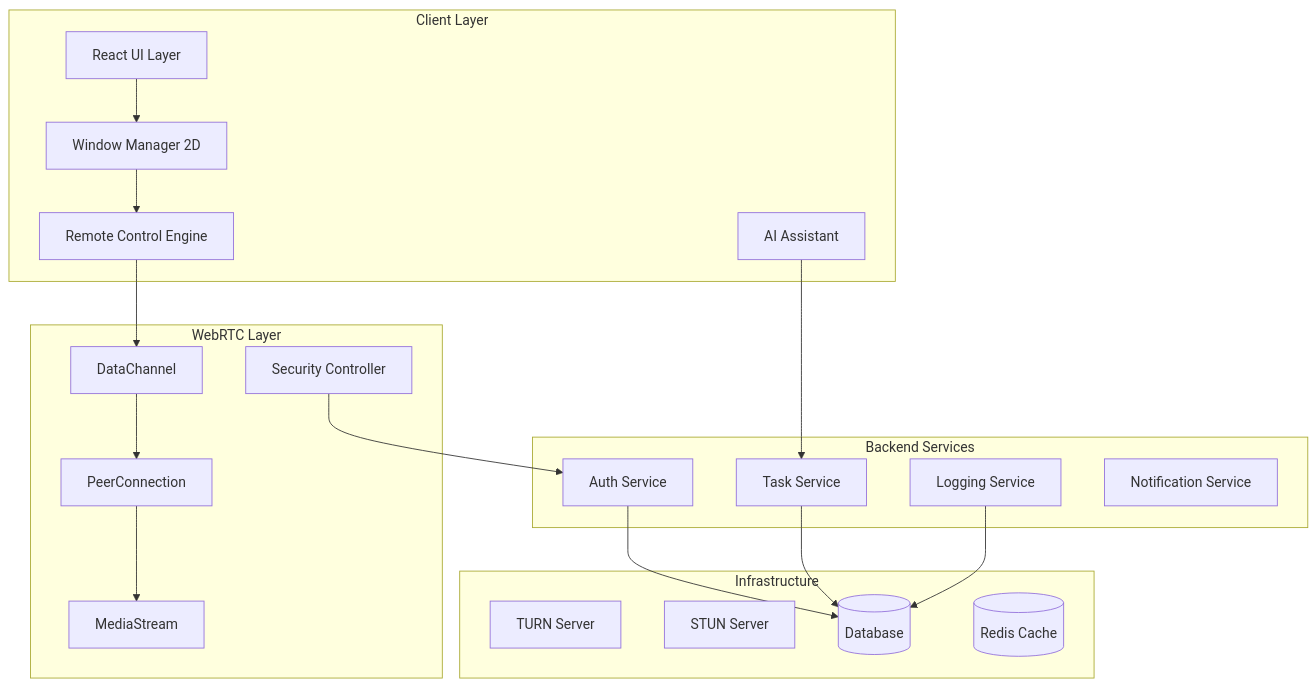
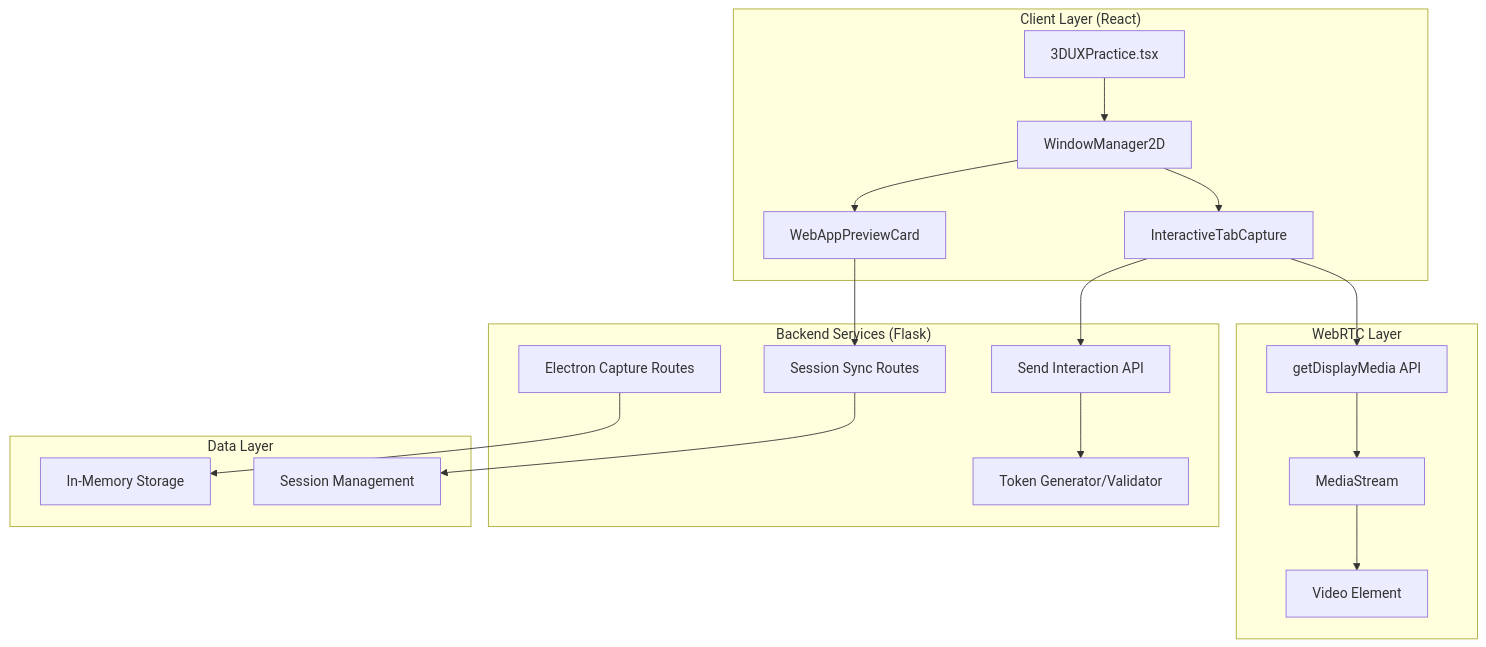
One commit to sato268413579/myskillhubs changed the first of 2 diagrams in .kiro/specs/interactive-webrtc-workspace/design.md. Above: the diagram before and after it, drawn with Mermaid. The commit also changed other lines of this file and 27 other files, not shown here.

````diff
--- a/.kiro/specs/interactive-webrtc-workspace/design.md
+++ b/.kiro/specs/interactive-webrtc-workspace/design.md
@@ -11,41 +34,39 @@
 ```mermaid
 graph TB
-    subgraph "Client Layer"
-        UI[React UI Layer]
-        WM[Window Manager 2D]
-        RC[Remote Control Engine]
-        AI[AI Assistant]
+    subgraph "Client Layer (React)"
+        UI[3DUXPractice.tsx]
+        WM[WindowManager2D]
+        ITC[InteractiveTabCapture]
+        WAP[WebAppPreviewCard]
     end
     
     subgraph "WebRTC Layer"
-        PC[PeerConnection]
-        DC[DataChannel]
+        GDM[getDisplayMedia API]
         MS[MediaStream]
-        SC[Security Controller]
+        VE[Video Element]
     end
     
-    subgraph "Backend Services"
-        AS[Auth Service]
-        TS[Task Service]
-        LS[Logging Service]
-        NS[Notification Service]
+    subgraph "Backend Services (Flask)"
+        EC[Electron Capture Routes]
+        SS[Session Sync Routes]
+        SI[Send Interaction API]
+        TG[Token Generator/Validator]
     end
     
-    subgraph "Infrastructure"
-        TURN[TURN Server]
-        STUN[STUN Server]
-        DB[(Database)]
-        CACHE[(Redis Cache)]
+    subgraph "Data Layer"
+        MEM[In-Memory Storage]
+        SESS[Session Management]
     end
     
     UI --> WM
-    WM --> RC
-    RC --> DC
-    DC --> PC
-    PC --> MS
-    SC --> AS
-    AS --> DB
-    TS --> DB
-    LS --> DB
-    AI --> TS
+    WM --> ITC
+    WM --> WAP
+    ITC --> GDM
+    GDM --> MS
+    MS --> VE
+    ITC --> SI
+    WAP --> SS
+    SI --> TG
+    SS --> SESS
+    EC --> MEM
 ```
````
